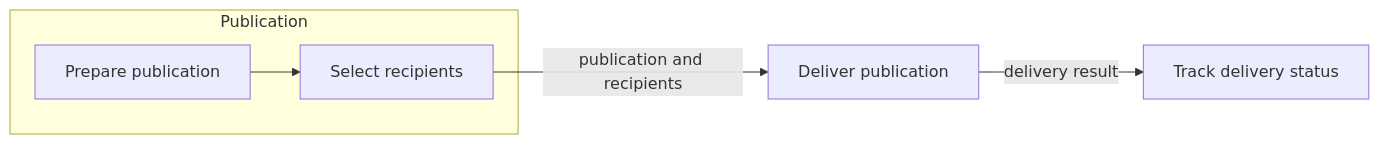
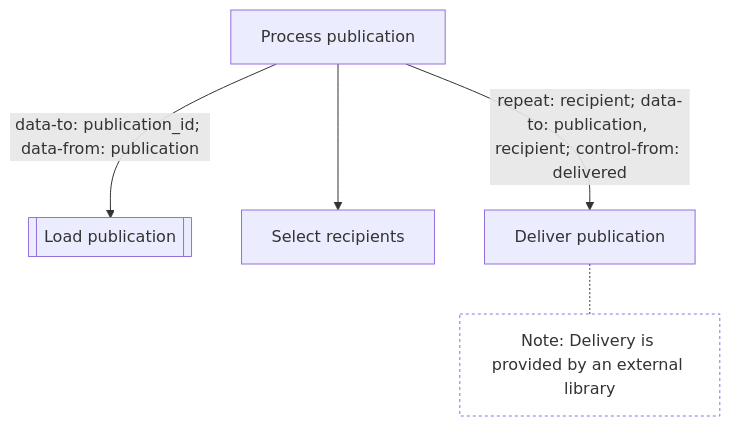
The diagram in src/artifacts/structure-chart-v1/references/example-structure-chart.mmd (ergonomic-code/dot-agents), drawn with Mermaid before and after one commit. The commit also changed 1 other file, not shown here.

Commit message:
Переработан артифакт диаграммы структуры

```diff
--- a/src/artifacts/structure-chart-v1/references/example-structure-chart.mmd
+++ b/src/artifacts/structure-chart-v1/references/example-structure-chart.mmd
@@ -1,12 +1,13 @@
-flowchart LR
-    subgraph publication["Publication"]
-        prepare["Prepare publication"]
-        select_recipients["Select recipients"]
-    end
+flowchart TD
+    process_publication["Process publication"]
+    load_publication[["Load publication"]]
+    select_recipients["Select recipients"]
+    deliver_publication["Deliver publication"]
+    delivery_note["Note: Delivery is provided by an external library"]:::comment
 
-    delivery["Deliver publication"]
-    status["Track delivery status"]
+    process_publication -->|"data-to: publication_id; data-from: publication"| load_publication
+    process_publication --> select_recipients
+    process_publication -->|"repeat: recipient; data-to: publication, recipient; control-from: delivered"| deliver_publication
+    deliver_publication -.- delivery_note
 
-    prepare --> select_recipients
-    select_recipients -->|"publication and recipients"| delivery
-    delivery -->|"delivery result"| status
+    classDef comment fill:none,stroke-dasharray:3 3
```
